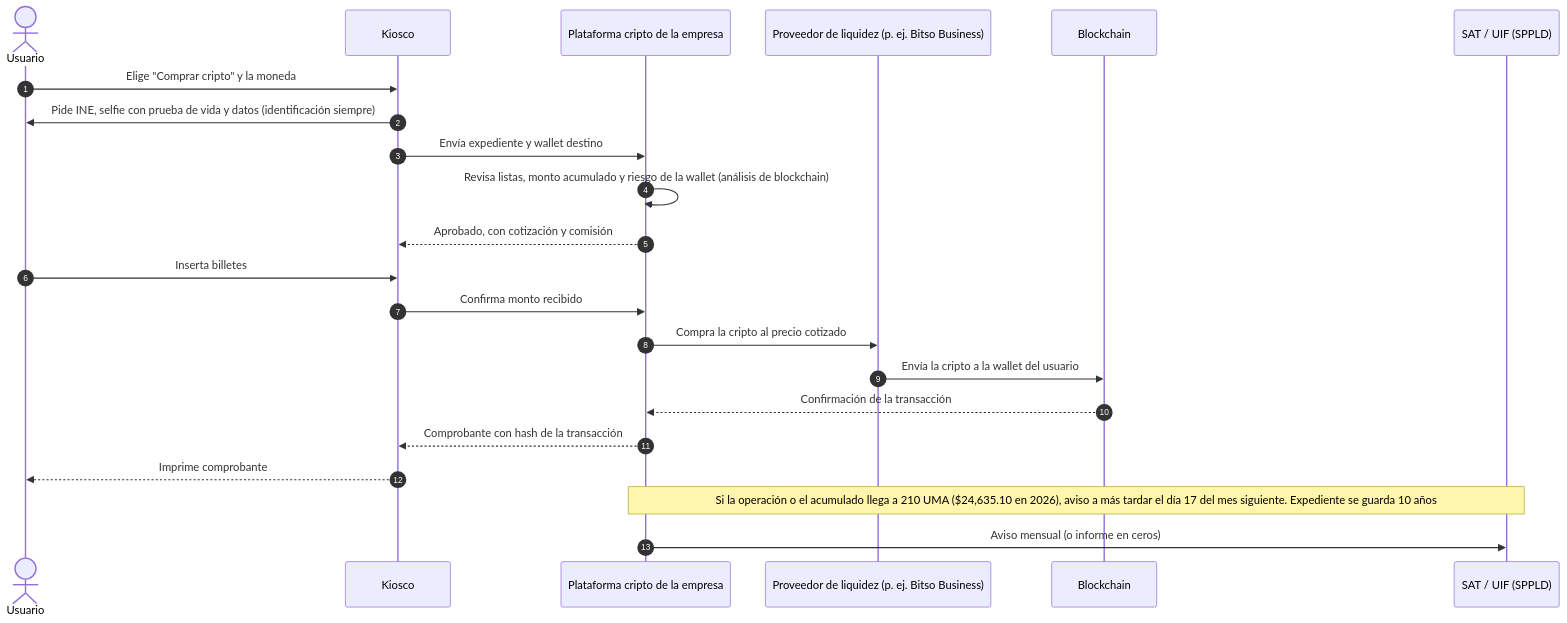
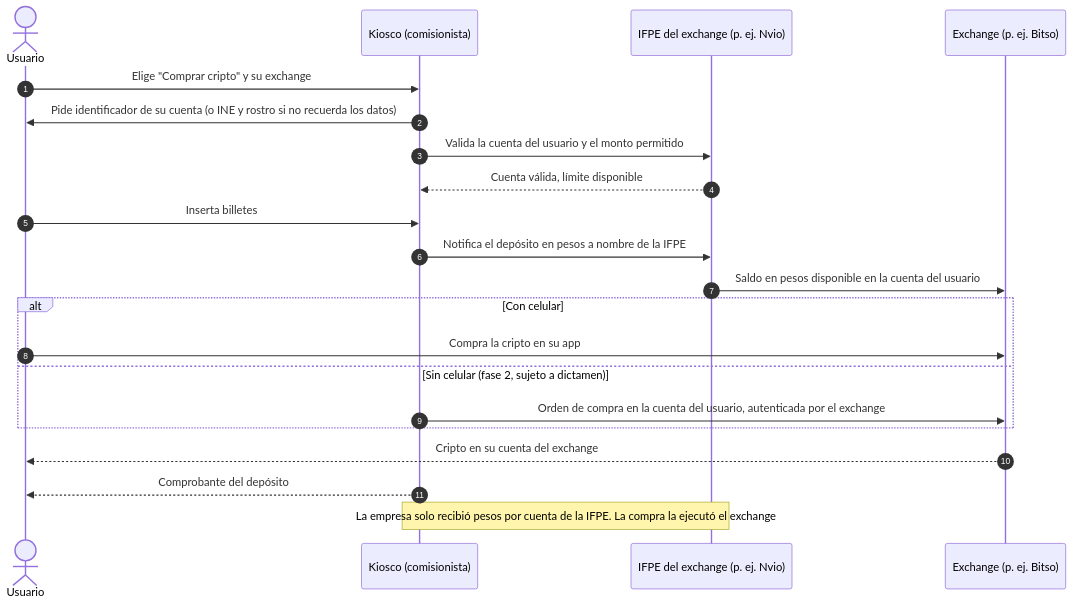
The diagram in estudios/diagramas/d8-cripto-compra.mmd (LuisMaciasC/mclr), drawn with Mermaid before and after one commit. The commit also changed 7 other files, not shown here.

```diff
--- a/estudios/diagramas/d8-cripto-compra.mmd
+++ b/estudios/diagramas/d8-cripto-compra.mmd
@@ -1,22 +1,21 @@
 sequenceDiagram
   autonumber
   actor U as Usuario
-  participant K as Kiosco
-  participant P as Plataforma cripto de la empresa
-  participant L as Proveedor de liquidez (p. ej. Bitso Business)
-  participant BC as Blockchain
-  participant SAT as SAT / UIF (SPPLD)
-  U->>K: Elige "Comprar cripto" y la moneda
-  K->>U: Pide INE, selfie con prueba de vida y datos (identificación siempre)
-  K->>P: Envía expediente y wallet destino
-  P->>P: Revisa listas, monto acumulado y riesgo de la wallet (análisis de blockchain)
-  P-->>K: Aprobado, con cotización y comisión
+  participant K as Kiosco (comisionista)
+  participant I as IFPE del exchange (p. ej. Nvio)
+  participant X as Exchange (p. ej. Bitso)
+  U->>K: Elige "Comprar cripto" y su exchange
+  K->>U: Pide identificador de su cuenta (o INE y rostro si no recuerda los datos)
+  K->>I: Valida la cuenta del usuario y el monto permitido
+  I-->>K: Cuenta válida, límite disponible
   U->>K: Inserta billetes
-  K->>P: Confirma monto recibido
-  P->>L: Compra la cripto al precio cotizado
-  L->>BC: Envía la cripto a la wallet del usuario
-  BC-->>P: Confirmación de la transacción
-  P-->>K: Comprobante con hash de la transacción
-  K-->>U: Imprime comprobante
-  Note over P,SAT: Si la operación o el acumulado llega a 210 UMA ($24,635.10 en 2026), aviso a más tardar el día 17 del mes siguiente. Expediente se guarda 10 años
-  P->>SAT: Aviso mensual (o informe en ceros)
+  K->>I: Notifica el depósito en pesos a nombre de la IFPE
+  I->>X: Saldo en pesos disponible en la cuenta del usuario
+  alt Con celular
+    U->>X: Compra la cripto en su app
+  else Sin celular (fase 2, sujeto a dictamen)
+    K->>X: Orden de compra en la cuenta del usuario, autenticada por el exchange
+  end
+  X-->>U: Cripto en su cuenta del exchange
+  K-->>U: Comprobante del depósito
+  Note over K,I: La empresa solo recibió pesos por cuenta de la IFPE. La compra la ejecutó el exchange
```
